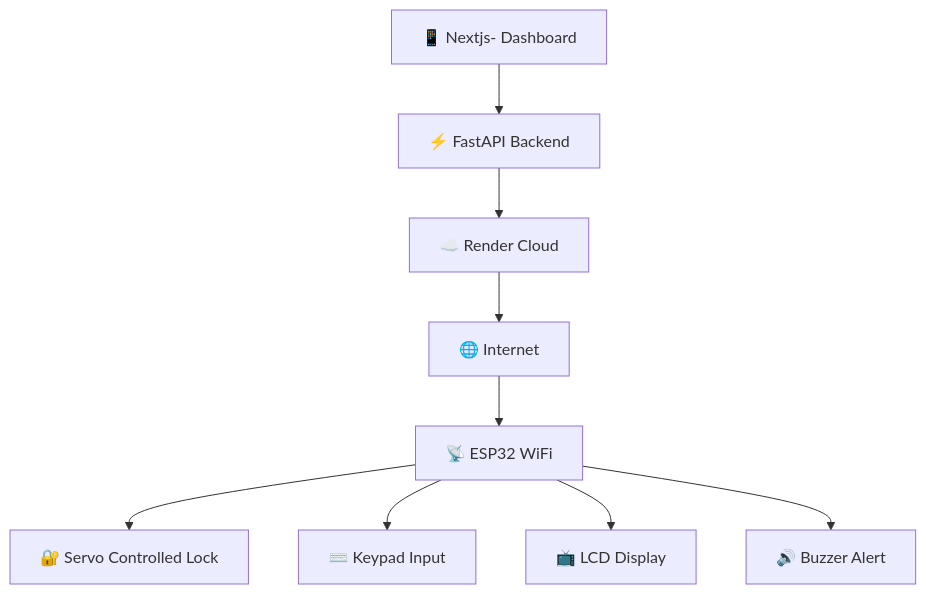
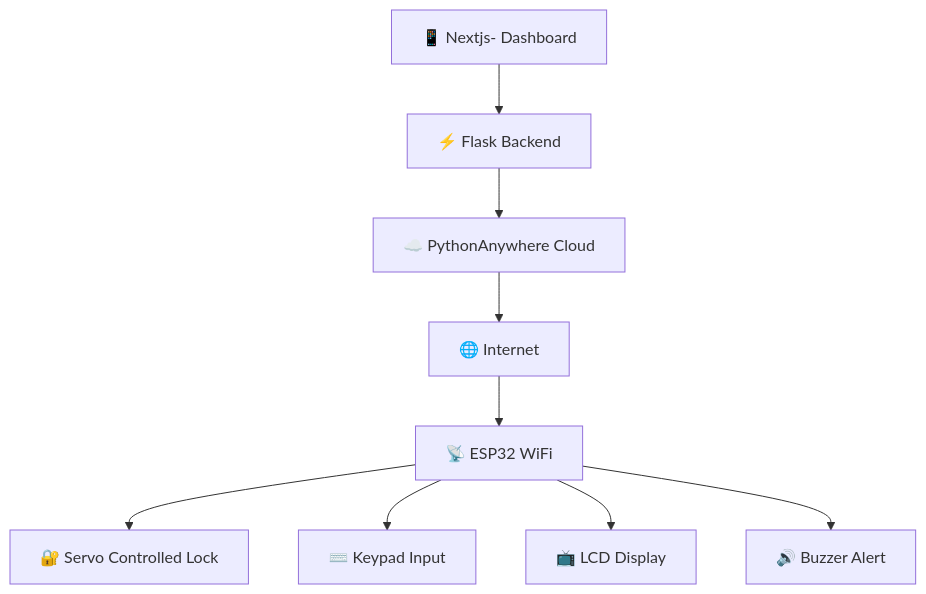
The diagram in README.md (emmyKcodes/Iot-Door-Lock-System), drawn with Mermaid before and after one commit. The commit also changed other lines of this file, not shown here.

````diff
--- a/README.md
+++ b/README.md
@@ -48,11 +48,11 @@
 ```mermaid
 graph TB
-    A[📱 Nextjs- Dashboard] --> B[⚡ FastAPI Backend]
-    B --> C[☁️ Render Cloud]
+    A[📱 Nextjs- Dashboard] --> B[⚡ Flask Backend]
+    B --> C[☁️ PythonAnywhere Cloud]
     C --> D[🌐 Internet]
     D --> E[📡 ESP32 WiFi]
     E --> F[🔐 Servo Controlled Lock]
     E --> G[⌨️ Keypad Input]
     E --> H[📺 LCD Display]
     E --> I[🔊 Buzzer Alert]
 ```
````
